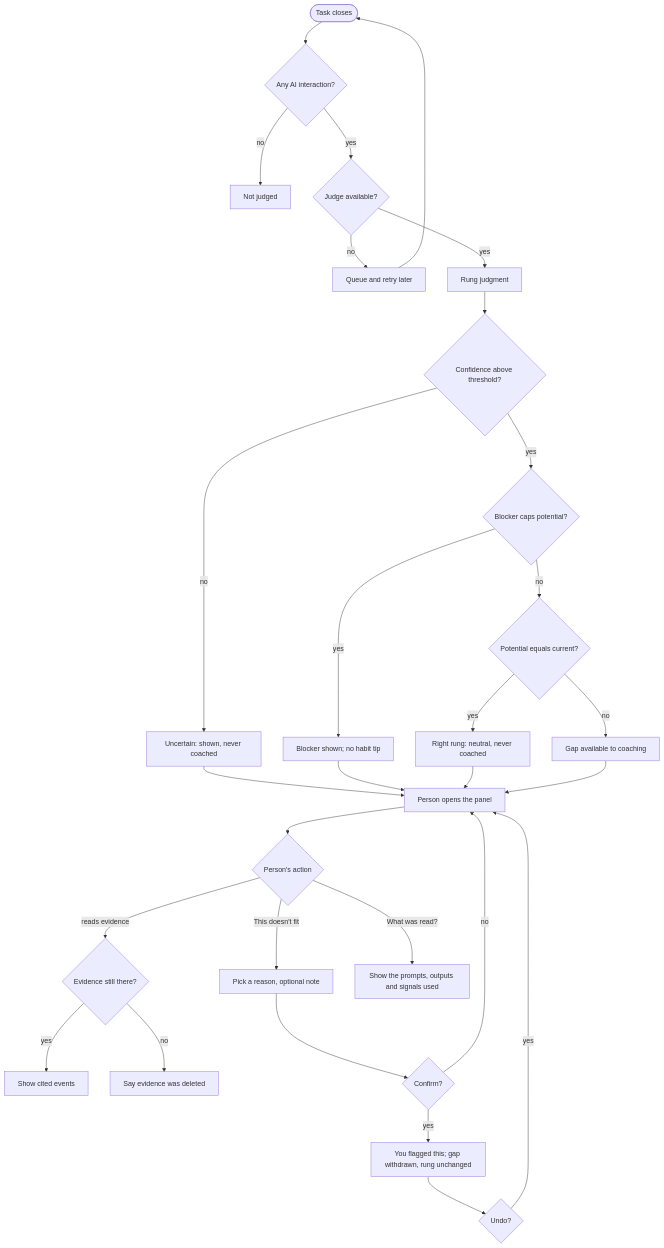
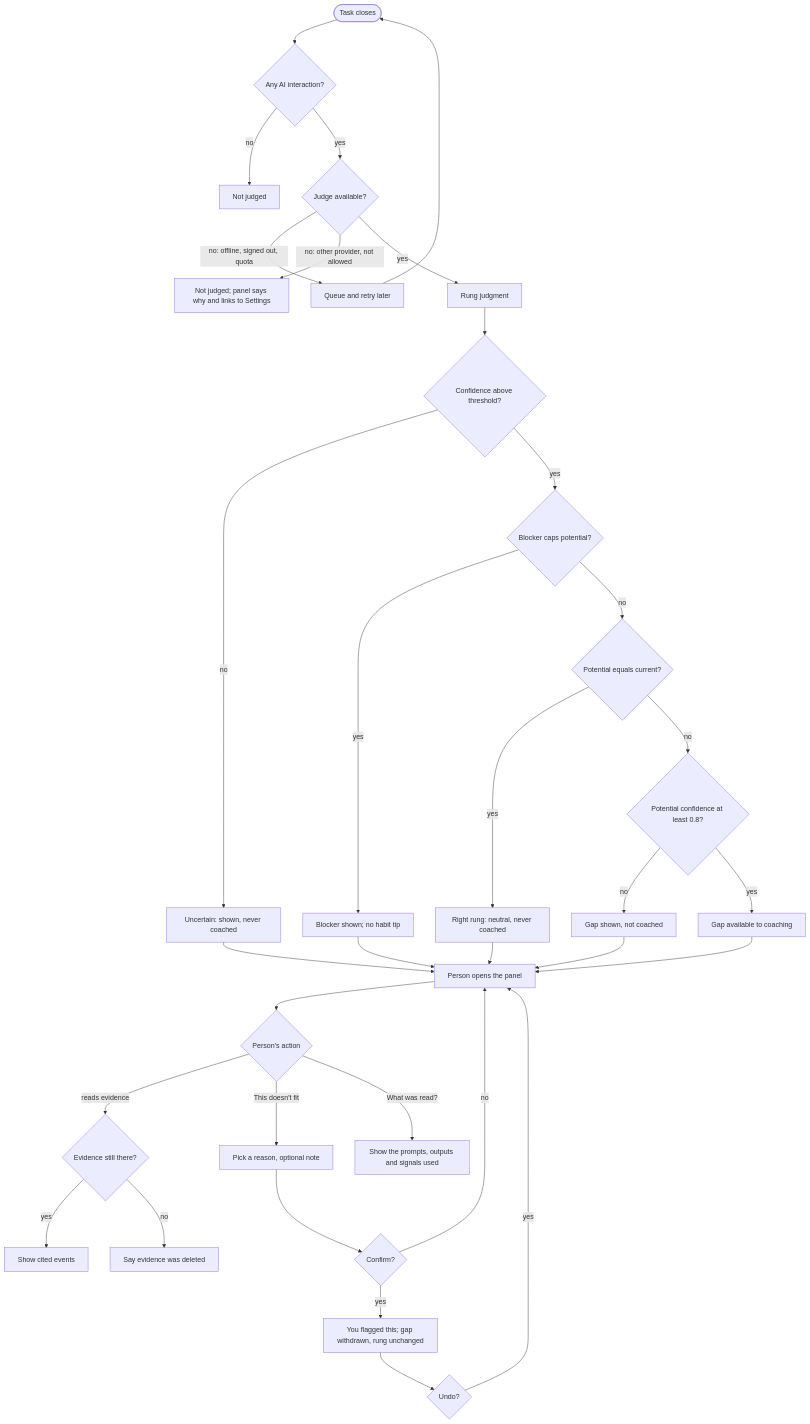
Before and after one commit to imransargusingh/AIQ: the diagram in docs/specs/rung-model.md, drawn with Mermaid. The commit also changed other lines of this file and 1 other file, not shown here.

````diff
--- a/docs/specs/rung-model.md
+++ b/docs/specs/rung-model.md
@@ -342,29 +345,33 @@
 ```mermaid
 flowchart TD
   close([Task closes]) --> ai{Any AI interaction?}
   ai -->|no| skip[Not judged]
   ai -->|yes| judge{Judge available?}
-  judge -->|no| queue[Queue and retry later] --> close
+  judge -->|"no: offline, signed out, quota"| queue[Queue and retry later] --> close
+  judge -->|"no: other provider, not allowed"| np["Not judged; panel says why and links to Settings"]
   judge -->|yes| j[Rung judgment]
   j --> conf{Confidence above threshold?}
   conf -->|no| unc["Uncertain: shown, never coached"]
   conf -->|yes| blk{Blocker caps potential?}
   blk -->|yes| capped["Blocker shown; no habit tip"]
   blk -->|no| right{Potential equals current?}
   right -->|yes| rr["Right rung: neutral, never coached"]
-  right -->|no| gap["Gap available to coaching"]
+  right -->|no| pconf{Potential confidence at least 0.8?}
+  pconf -->|no| shown["Gap shown, not coached"]
+  pconf -->|yes| gap["Gap available to coaching"]
+  shown --> panel
   unc --> panel
   capped --> panel
   rr --> panel
   gap --> panel
   panel[Person opens the panel] --> act{Person's action}
   act -->|reads evidence| ev{Evidence still there?}
   ev -->|yes| show[Show cited events]
   ev -->|no| del["Say evidence was deleted"]
   act -->|This doesn't fit| pick[Pick a reason, optional note] --> conf2{Confirm?}
   conf2 -->|no| panel
   conf2 -->|yes| corr["You flagged this; gap withdrawn, rung unchanged"]
   corr --> undo{Undo?}
   undo -->|yes| panel
   act -->|"What was read?"| read["Show the prompts, outputs and signals used"]
 ```
````
